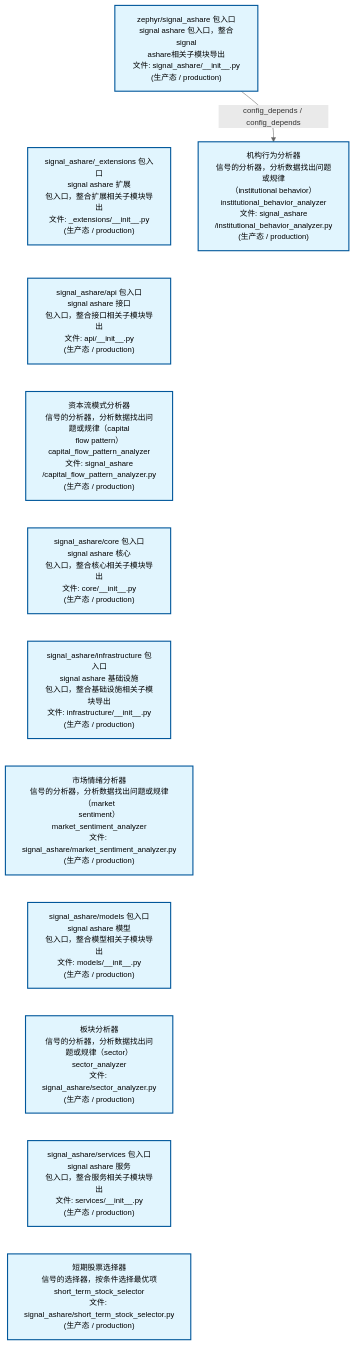
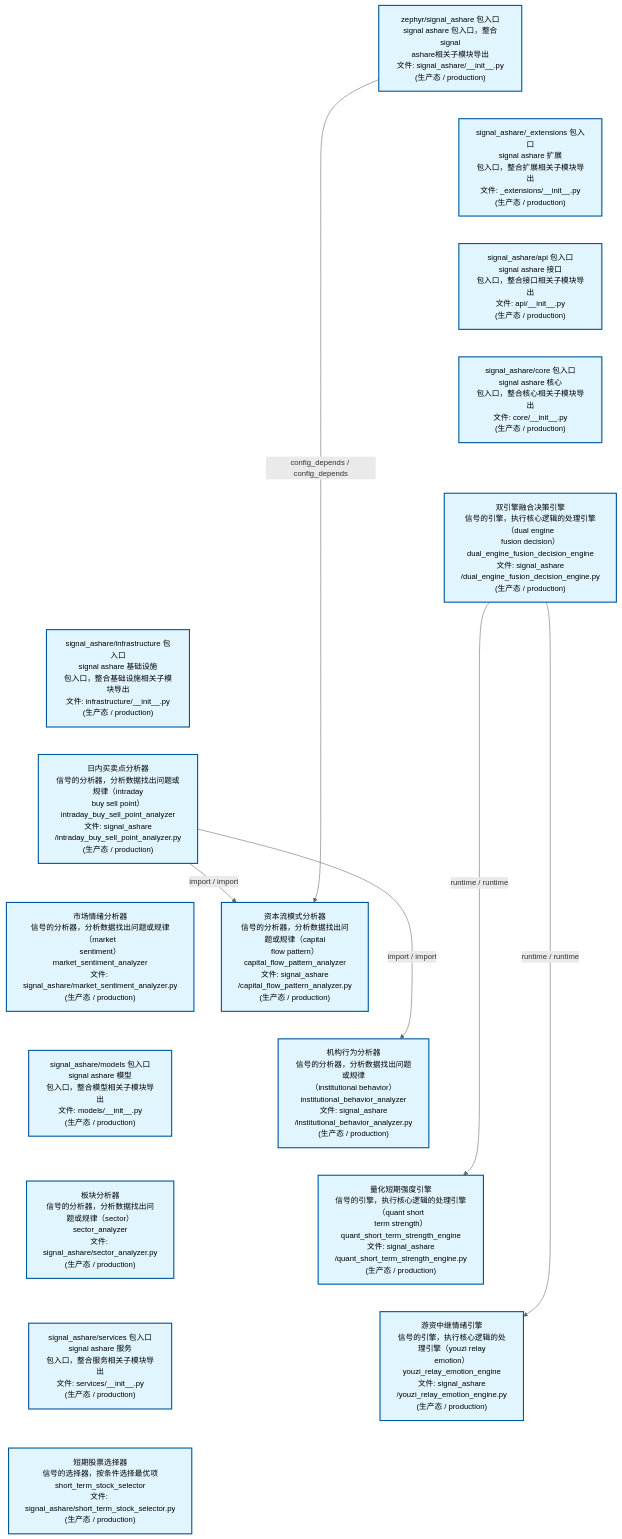
Before and after one commit to xuanFelixVan/ZephyrAlpha: the second of 4 diagrams in docs/02_enterprise_architecture/02_domain_architecture_docs/32_d_ashare_signal.md, drawn with Mermaid. The commit also changed other lines of this file and 46 other files, not shown here.

````diff
--- a/docs/02_enterprise_architecture/02_domain_architecture_docs/32_d_ashare_signal.md
+++ b/docs/02_enterprise_architecture/02_domain_architecture_docs/32_d_ashare_signal.md
@@ -110,32 +110,44 @@
 ```mermaid
 %%{init: {'theme': 'base', 'themeVariables': {'primaryColor': '#eaeaea', 'primaryTextColor': '#333333', 'primaryBorderColor': '#666666', 'lineColor': '#666666', 'secondaryColor': '#eaeaea', 'tertiaryColor': '#eaeaea', 'fontSize': '14px'}}}%%
 flowchart TD
     src_zephyr_signal_ashare_init_py["zephyr/signal_ashare 包入口<br/>signal ashare 包入口，整合signal<br/>ashare相关子模块导出<br/>文件: signal_ashare/__init__.py<br/>(生产态 / production)"]
     src_zephyr_signal_ashare_extensions_init_py["signal_ashare/_extensions 包入口<br/>signal ashare 扩展<br/>包入口，整合扩展相关子模块导出<br/>文件: _extensions/__init__.py<br/>(生产态 / production)"]
     src_zephyr_signal_ashare_api_init_py["signal_ashare/api 包入口<br/>signal ashare 接口<br/>包入口，整合接口相关子模块导出<br/>文件: api/__init__.py<br/>(生产态 / production)"]
-    src_zephyr_signal_ashare_capital_flow_pattern_analyzer_py["资本流模式分析器<br/>信号的分析器，分析数据找出问题或规律（capital<br/>flow pattern）<br/>capital_flow_pattern_analyzer<br/>文件: signal_ashare<br/>/capital_flow_pattern_analyzer.py<br/>(生产态 / production)"]
     src_zephyr_signal_ashare_core_init_py["signal_ashare/core 包入口<br/>signal ashare 核心<br/>包入口，整合核心相关子模块导出<br/>文件: core/__init__.py<br/>(生产态 / production)"]
+    src_zephyr_signal_ashare_dual_engine_fusion_decision_engine_py["双引擎融合决策引擎<br/>信号的引擎，执行核心逻辑的处理引擎（dual engine<br/>fusion decision）<br/>dual_engine_fusion_decision_engine<br/>文件: signal_ashare<br/>/dual_engine_fusion_decision_engine.py<br/>(生产态 / production)"]
     src_zephyr_signal_ashare_infrastructure_init_py["signal_ashare/infrastructure 包入口<br/>signal ashare 基础设施<br/>包入口，整合基础设施相关子模块导出<br/>文件: infrastructure/__init__.py<br/>(生产态 / production)"]
+    src_zephyr_signal_ashare_intraday_buy_sell_point_analyzer_py["日内买卖点分析器<br/>信号的分析器，分析数据找出问题或规律（intraday<br/>buy sell point）<br/>intraday_buy_sell_point_analyzer<br/>文件: signal_ashare<br/>/intraday_buy_sell_point_analyzer.py<br/>(生产态 / production)"]
     src_zephyr_signal_ashare_market_sentiment_analyzer_py["市场情绪分析器<br/>信号的分析器，分析数据找出问题或规律（market<br/>sentiment）<br/>market_sentiment_analyzer<br/>文件: signal_ashare/market_sentiment_analyzer.py<br/>(生产态 / production)"]
     src_zephyr_signal_ashare_models_init_py["signal_ashare/models 包入口<br/>signal ashare 模型<br/>包入口，整合模型相关子模块导出<br/>文件: models/__init__.py<br/>(生产态 / production)"]
     src_zephyr_signal_ashare_sector_analyzer_py["板块分析器<br/>信号的分析器，分析数据找出问题或规律（sector）<br/>sector_analyzer<br/>文件: signal_ashare/sector_analyzer.py<br/>(生产态 / production)"]
     src_zephyr_signal_ashare_services_init_py["signal_ashare/services 包入口<br/>signal ashare 服务<br/>包入口，整合服务相关子模块导出<br/>文件: services/__init__.py<br/>(生产态 / production)"]
     src_zephyr_signal_ashare_short_term_stock_selector_py["短期股票选择器<br/>信号的选择器，按条件选择最优项<br/>short_term_stock_selector<br/>文件: signal_ashare/short_term_stock_selector.py<br/>(生产态 / production)"]
     src_zephyr_signal_ashare_init_py ~~~ src_zephyr_signal_ashare_extensions_init_py
     src_zephyr_signal_ashare_extensions_init_py ~~~ src_zephyr_signal_ashare_api_init_py
-    src_zephyr_signal_ashare_api_init_py ~~~ src_zephyr_signal_ashare_capital_flow_pattern_analyzer_py
-    src_zephyr_signal_ashare_capital_flow_pattern_analyzer_py ~~~ src_zephyr_signal_ashare_core_init_py
-    src_zephyr_signal_ashare_core_init_py ~~~ src_zephyr_signal_ashare_infrastructure_init_py
-    src_zephyr_signal_ashare_infrastructure_init_py ~~~ src_zephyr_signal_ashare_market_sentiment_analyzer_py
+    src_zephyr_signal_ashare_api_init_py ~~~ src_zephyr_signal_ashare_core_init_py
+    src_zephyr_signal_ashare_core_init_py ~~~ src_zephyr_signal_ashare_dual_engine_fusion_decision_engine_py
+    src_zephyr_signal_ashare_dual_engine_fusion_decision_engine_py ~~~ src_zephyr_signal_ashare_infrastructure_init_py
+    src_zephyr_signal_ashare_infrastructure_init_py ~~~ src_zephyr_signal_ashare_intraday_buy_sell_point_analyzer_py
+    src_zephyr_signal_ashare_intraday_buy_sell_point_analyzer_py ~~~ src_zephyr_signal_ashare_market_sentiment_analyzer_py
     src_zephyr_signal_ashare_market_sentiment_analyzer_py ~~~ src_zephyr_signal_ashare_models_init_py
     src_zephyr_signal_ashare_models_init_py ~~~ src_zephyr_signal_ashare_sector_analyzer_py
     src_zephyr_signal_ashare_sector_analyzer_py ~~~ src_zephyr_signal_ashare_services_init_py
     src_zephyr_signal_ashare_services_init_py ~~~ src_zephyr_signal_ashare_short_term_stock_selector_py
+    src_zephyr_signal_ashare_capital_flow_pattern_analyzer_py["资本流模式分析器<br/>信号的分析器，分析数据找出问题或规律（capital<br/>flow pattern）<br/>capital_flow_pattern_analyzer<br/>文件: signal_ashare<br/>/capital_flow_pattern_analyzer.py<br/>(生产态 / production)"]
     src_zephyr_signal_ashare_institutional_behavior_analyzer_py["机构行为分析器<br/>信号的分析器，分析数据找出问题或规律<br/>（institutional behavior）<br/>institutional_behavior_analyzer<br/>文件: signal_ashare<br/>/institutional_behavior_analyzer.py<br/>(生产态 / production)"]
-    src_zephyr_signal_ashare_init_py -->|config_depends / config_depends| src_zephyr_signal_ashare_institutional_behavior_analyzer_py
+    src_zephyr_signal_ashare_quant_short_term_strength_engine_py["量化短期强度引擎<br/>信号的引擎，执行核心逻辑的处理引擎（quant short<br/>term strength）<br/>quant_short_term_strength_engine<br/>文件: signal_ashare<br/>/quant_short_term_strength_engine.py<br/>(生产态 / production)"]
+    src_zephyr_signal_ashare_youzi_relay_emotion_engine_py["游资中继情绪引擎<br/>信号的引擎，执行核心逻辑的处理引擎（youzi relay<br/>emotion）<br/>youzi_relay_emotion_engine<br/>文件: signal_ashare<br/>/youzi_relay_emotion_engine.py<br/>(生产态 / production)"]
+    src_zephyr_signal_ashare_capital_flow_pattern_analyzer_py ~~~ src_zephyr_signal_ashare_institutional_behavior_analyzer_py
+    src_zephyr_signal_ashare_institutional_behavior_analyzer_py ~~~ src_zephyr_signal_ashare_quant_short_term_strength_engine_py
+    src_zephyr_signal_ashare_quant_short_term_strength_engine_py ~~~ src_zephyr_signal_ashare_youzi_relay_emotion_engine_py
+    src_zephyr_signal_ashare_dual_engine_fusion_decision_engine_py -->|runtime / runtime| src_zephyr_signal_ashare_youzi_relay_emotion_engine_py
+    src_zephyr_signal_ashare_dual_engine_fusion_decision_engine_py -->|runtime / runtime| src_zephyr_signal_ashare_quant_short_term_strength_engine_py
+    src_zephyr_signal_ashare_intraday_buy_sell_point_analyzer_py -->|import / import| src_zephyr_signal_ashare_capital_flow_pattern_analyzer_py
+    src_zephyr_signal_ashare_intraday_buy_sell_point_analyzer_py -->|import / import| src_zephyr_signal_ashare_institutional_behavior_analyzer_py
+    src_zephyr_signal_ashare_init_py -->|config_depends / config_depends| src_zephyr_signal_ashare_capital_flow_pattern_analyzer_py
     classDef production fill:#e1f5fe,stroke:#01579b,stroke-width:2px,color:#000
     classDef design fill:#fff3e0,stroke:#e65100,stroke-width:2px,color:#000,stroke-dasharray: 5 5
     classDef external_prod fill:#e8f4fd,stroke:#0277bd,stroke-width:1px,color:#000
     classDef external_design fill:#fff8e7,stroke:#ef6c00,stroke-width:1px,color:#000,stroke-dasharray: 5 5
-    class src_zephyr_signal_ashare_init_py,src_zephyr_signal_ashare_extensions_init_py,src_zephyr_signal_ashare_api_init_py,src_zephyr_signal_ashare_capital_flow_pattern_analyzer_py,src_zephyr_signal_ashare_core_init_py,src_zephyr_signal_ashare_infrastructure_init_py,src_zephyr_signal_ashare_institutional_behavior_analyzer_py,src_zephyr_signal_ashare_market_sentiment_analyzer_py,src_zephyr_signal_ashare_models_init_py,src_zephyr_signal_ashare_sector_analyzer_py,src_zephyr_signal_ashare_services_init_py,src_zephyr_signal_ashare_short_term_stock_selector_py production
+    class src_zephyr_signal_ashare_init_py,src_zephyr_signal_ashare_extensions_init_py,src_zephyr_signal_ashare_api_init_py,src_zephyr_signal_ashare_capital_flow_pattern_analyzer_py,src_zephyr_signal_ashare_core_init_py,src_zephyr_signal_ashare_dual_engine_fusion_decision_engine_py,src_zephyr_signal_ashare_infrastructure_init_py,src_zephyr_signal_ashare_institutional_behavior_analyzer_py,src_zephyr_signal_ashare_intraday_buy_sell_point_analyzer_py,src_zephyr_signal_ashare_market_sentiment_analyzer_py,src_zephyr_signal_ashare_models_init_py,src_zephyr_signal_ashare_quant_short_term_strength_engine_py,src_zephyr_signal_ashare_sector_analyzer_py,src_zephyr_signal_ashare_services_init_py,src_zephyr_signal_ashare_short_term_stock_selector_py,src_zephyr_signal_ashare_youzi_relay_emotion_engine_py production
 ```
````
